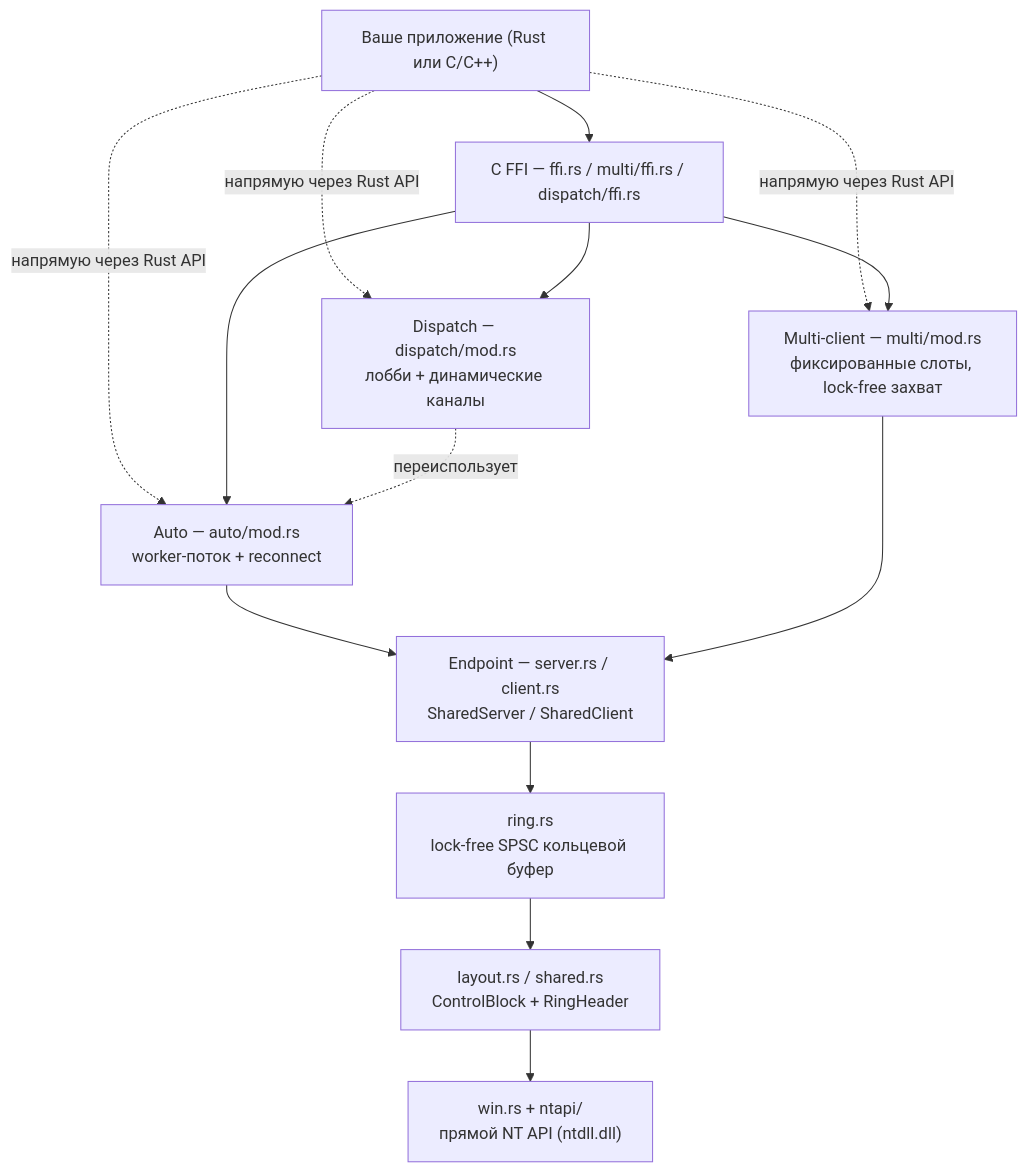
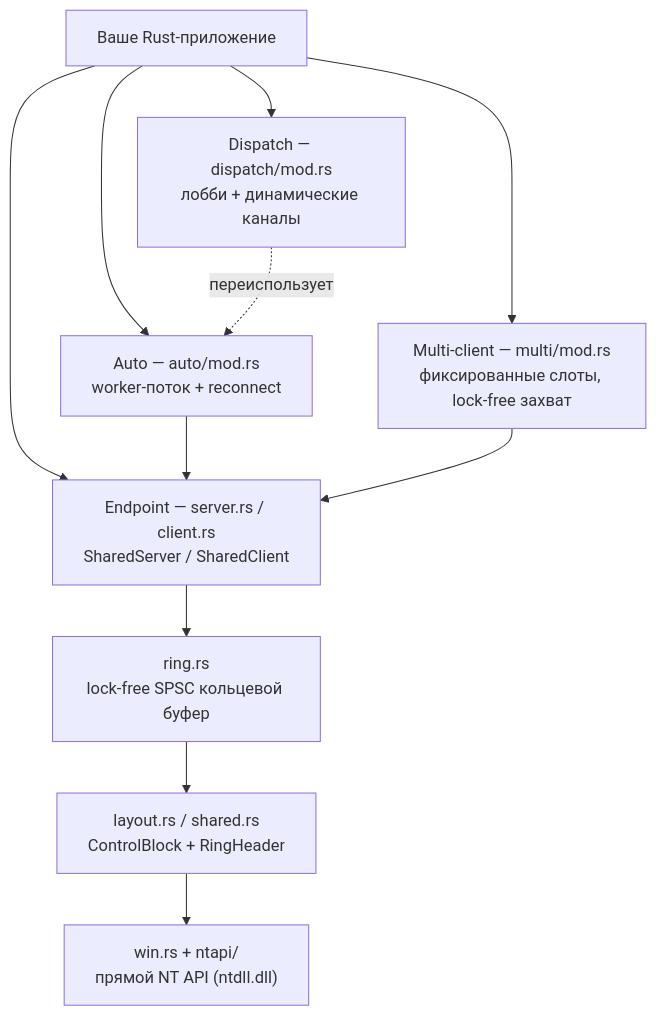
One commit to Platon7788/xshm changed the first of 4 diagrams in README.ru.md. Above: the diagram before and after it, drawn with Mermaid. The commit also changed other lines of this file and 1 other file, not shown here.

````diff
--- a/README.ru.md
+++ b/README.ru.md
@@ -49,21 +55,17 @@
 ```mermaid
 flowchart TD
-    App["Ваше приложение (Rust или C/C++)"]
-    App --> FFI["C FFI — ffi.rs / multi/ffi.rs / dispatch/ffi.rs"]
-    App -. напрямую через Rust API .-> Auto
-    App -. напрямую через Rust API .-> Multi
-    App -. напрямую через Rust API .-> Dispatch
-
-    FFI --> Auto["Auto — auto/mod.rs<br/>worker-поток + reconnect"]
-    FFI --> Multi["Multi-client — multi/mod.rs<br/>фиксированные слоты, lock-free захват"]
-    FFI --> Dispatch["Dispatch — dispatch/mod.rs<br/>лобби + динамические каналы"]
+    App["Ваше Rust-приложение"]
+    App --> Auto["Auto — auto/mod.rs<br/>worker-поток + reconnect"]
+    App --> Multi["Multi-client — multi/mod.rs<br/>фиксированные слоты, lock-free захват"]
+    App --> Dispatch["Dispatch — dispatch/mod.rs<br/>лобби + динамические каналы"]
+    App --> Endpoint
 
     Dispatch -. переиспользует .-> Auto
 
     Auto --> Endpoint["Endpoint — server.rs / client.rs<br/>SharedServer / SharedClient"]
     Multi --> Endpoint
 
     Endpoint --> Ring["ring.rs<br/>lock-free SPSC кольцевой буфер"]
     Ring --> Layout["layout.rs / shared.rs<br/>ControlBlock + RingHeader"]
     Layout --> Platform["win.rs + ntapi/<br/>прямой NT API (ntdll.dll)"]
 ```
````
